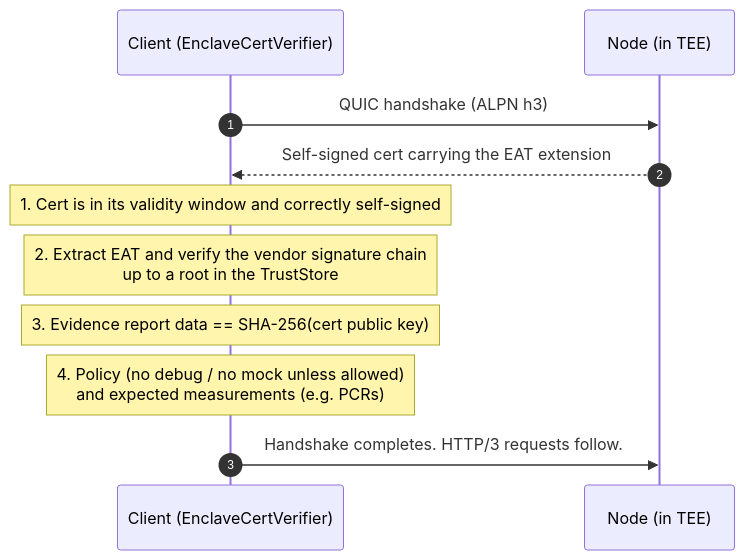
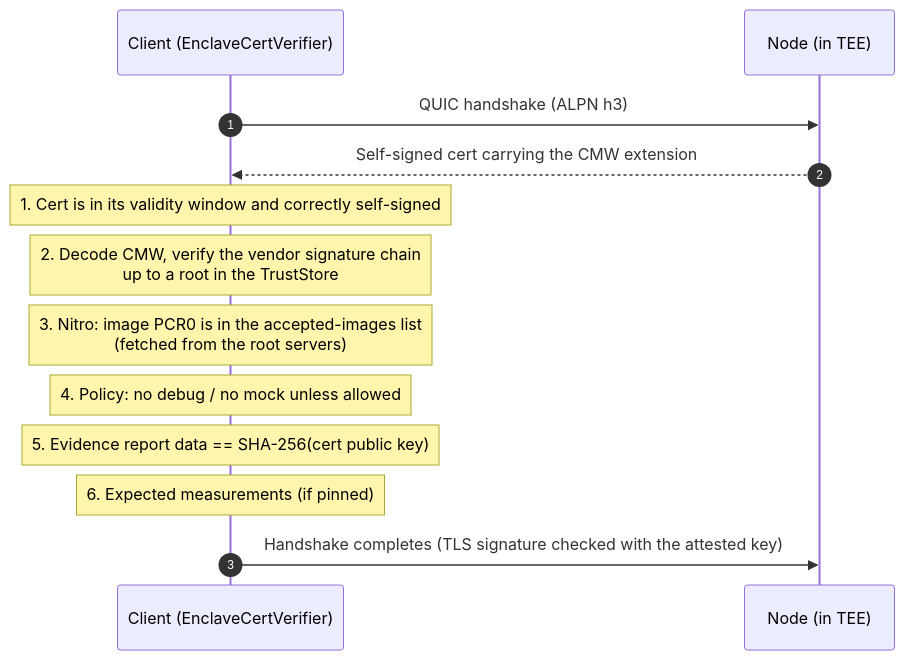
Before and after one commit to Lanetus/TTKServer: the fourth of 10 diagrams in docs/src/ARCHITECTURE.md, drawn with Mermaid. The commit also changed other lines of this file and 9 other files, not shown here.

First line of the commit message:
fix: update the mdBook architecture docs to the current workspace (#76)

````diff
--- a/docs/src/ARCHITECTURE.md
+++ b/docs/src/ARCHITECTURE.md
@@ -173,14 +200,16 @@
 ```mermaid
 sequenceDiagram
     autonumber
     participant C as Client (EnclaveCertVerifier)
     participant N as Node (in TEE)
 
     C->>N: QUIC handshake (ALPN h3)
-    N-->>C: Self-signed cert carrying the EAT extension
+    N-->>C: Self-signed cert carrying the CMW extension
     Note over C: 1. Cert is in its validity window and correctly self-signed
-    Note over C: 2. Extract EAT and verify the vendor signature chain<br/>up to a root in the TrustStore
-    Note over C: 3. Evidence report data == SHA-256(cert public key)
-    Note over C: 4. Policy (no debug / no mock unless allowed)<br/>and expected measurements (e.g. PCRs)
-    C->>N: Handshake completes. HTTP/3 requests follow.
+    Note over C: 2. Decode CMW, verify the vendor signature chain<br/>up to a root in the TrustStore
+    Note over C: 3. Nitro: image PCR0 is in the accepted-images list<br/>(fetched from the root servers)
+    Note over C: 4. Policy: no debug / no mock unless allowed
+    Note over C: 5. Evidence report data == SHA-256(cert public key)
+    Note over C: 6. Expected measurements (if pinned)
+    C->>N: Handshake completes (TLS signature checked with the attested key)
 ```
````
